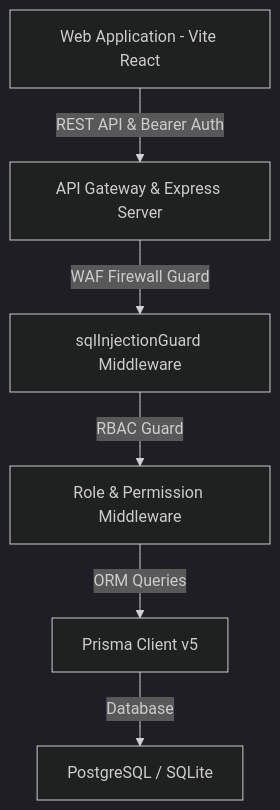
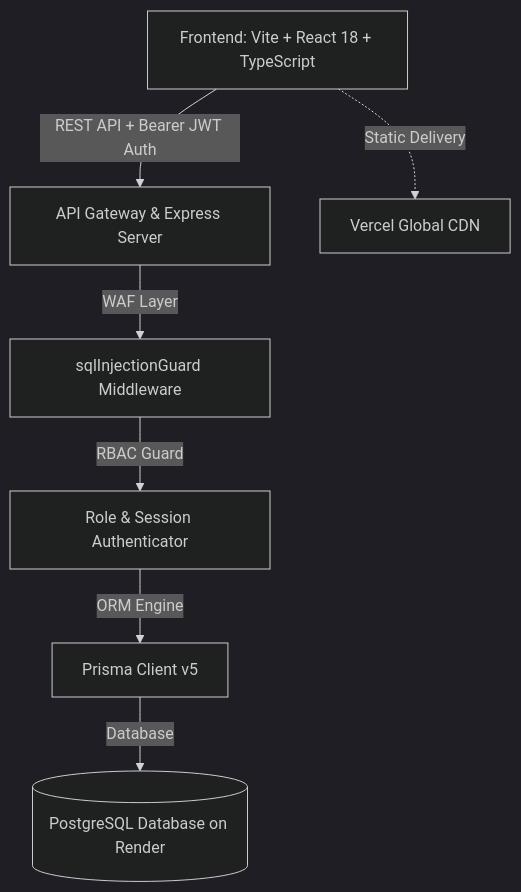
The diagram in README.md (Khangulamgousamjat/Afreen-Mall), drawn with Mermaid (dark theme) before and after one commit. The commit also changed other lines of this file, not shown here.

````diff
--- a/README.md
+++ b/README.md
@@ -156,8 +42,9 @@
 ```mermaid
 graph TD
-    A[Web Application - Vite React] -->|REST API & Bearer Auth| B[API Gateway & Express Server]
-    B -->|WAF Firewall Guard| C[sqlInjectionGuard Middleware]
-    C -->|RBAC Guard| D[Role & Permission Middleware]
-    D -->|ORM Queries| E[Prisma Client v5]
-    E -->|Database| F[PostgreSQL / SQLite]
+    A[Frontend: Vite + React 18 + TypeScript] -->|REST API + Bearer JWT Auth| B[API Gateway & Express Server]
+    B -->|WAF Layer| C[sqlInjectionGuard Middleware]
+    C -->|RBAC Guard| D[Role & Session Authenticator]
+    D -->|ORM Engine| E[Prisma Client v5]
+    E -->|Database| F[(PostgreSQL Database on Render)]
+    A -.->|Static Delivery| G[Vercel Global CDN]
 ```
````
